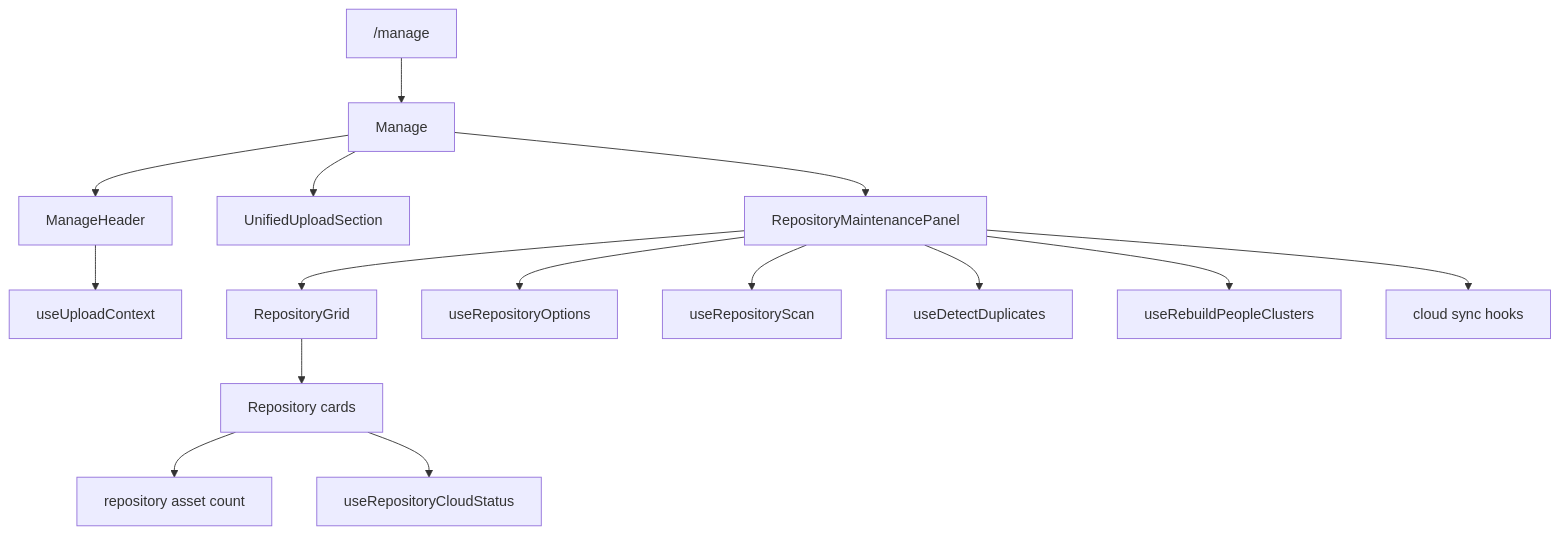
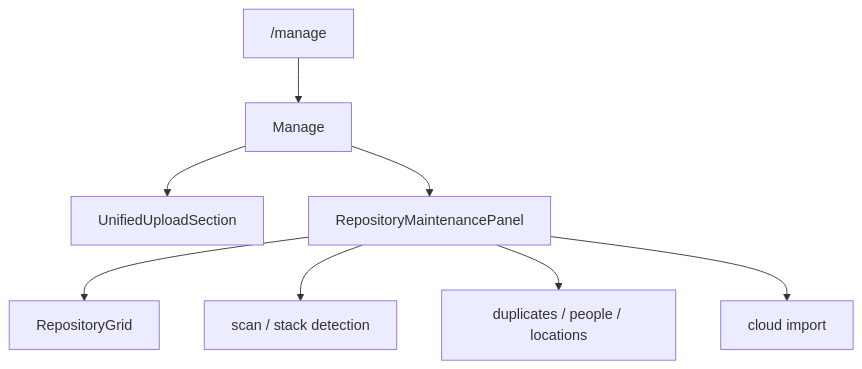
Before and after one commit to EdwinZhanCN/Lumilio-Photos: the diagram in web/src/features/manage/doc.md, drawn with Mermaid. The commit also changed other lines of this file and 74 other files, not shown here.

````diff
--- a/web/src/features/manage/doc.md
+++ b/web/src/features/manage/doc.md
@@ -58,17 +18,10 @@
 ```mermaid
 flowchart TD
     ROUTE["/manage"] --> PAGE["Manage"]
-    PAGE --> HEADER["ManageHeader"]
     PAGE --> UPLOAD["UnifiedUploadSection"]
     PAGE --> PANEL["RepositoryMaintenancePanel"]
-    HEADER --> UCTX["useUploadContext"]
     PANEL --> GRID["RepositoryGrid"]
-    PANEL --> REPOS["useRepositoryOptions"]
-    PANEL --> SCAN["useRepositoryScan"]
-    PANEL --> DUP["useDetectDuplicates"]
-    PANEL --> PEOPLE["useRebuildPeopleClusters"]
-    PANEL --> CLOUD["cloud sync hooks"]
-    GRID --> CARD["Repository cards"]
-    CARD --> COUNT["repository asset count"]
-    CARD --> STATUS["useRepositoryCloudStatus"]
+    PANEL --> SCAN["scan / stack detection"]
+    PANEL --> LIBRARY["duplicates / people / locations"]
+    PANEL --> CLOUD["cloud import"]
 ```
````
